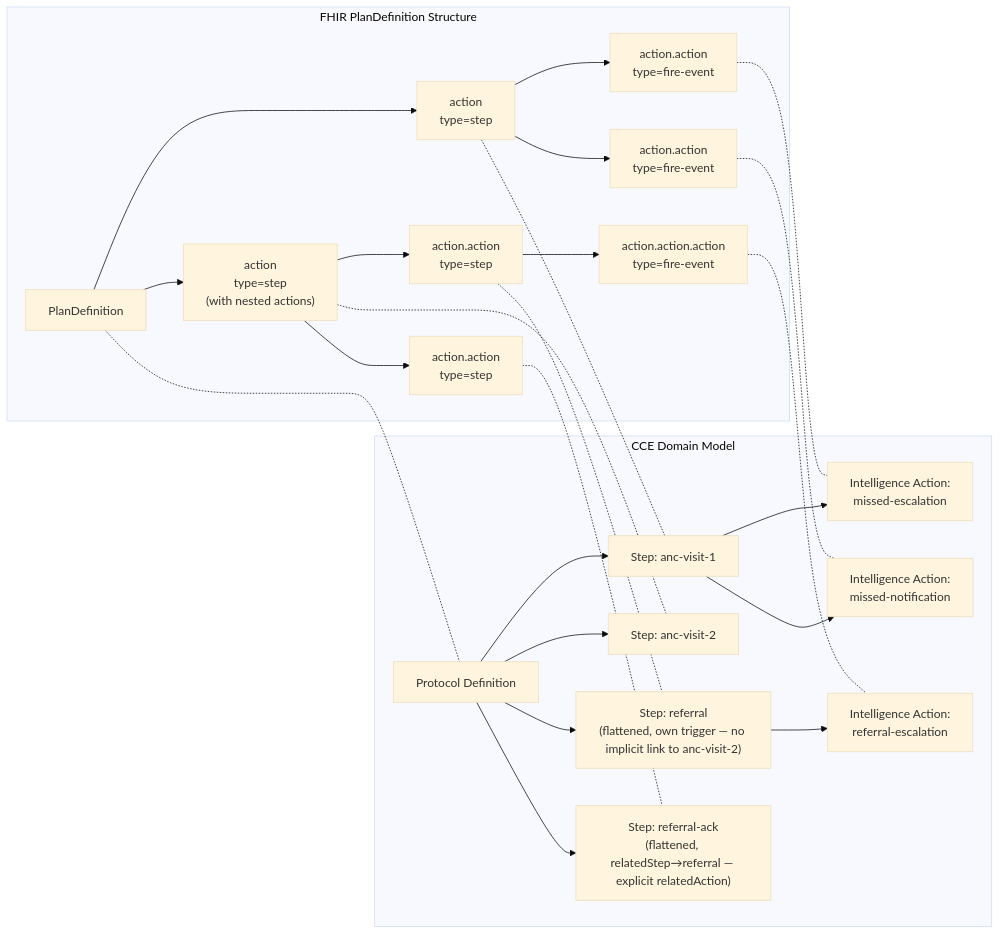
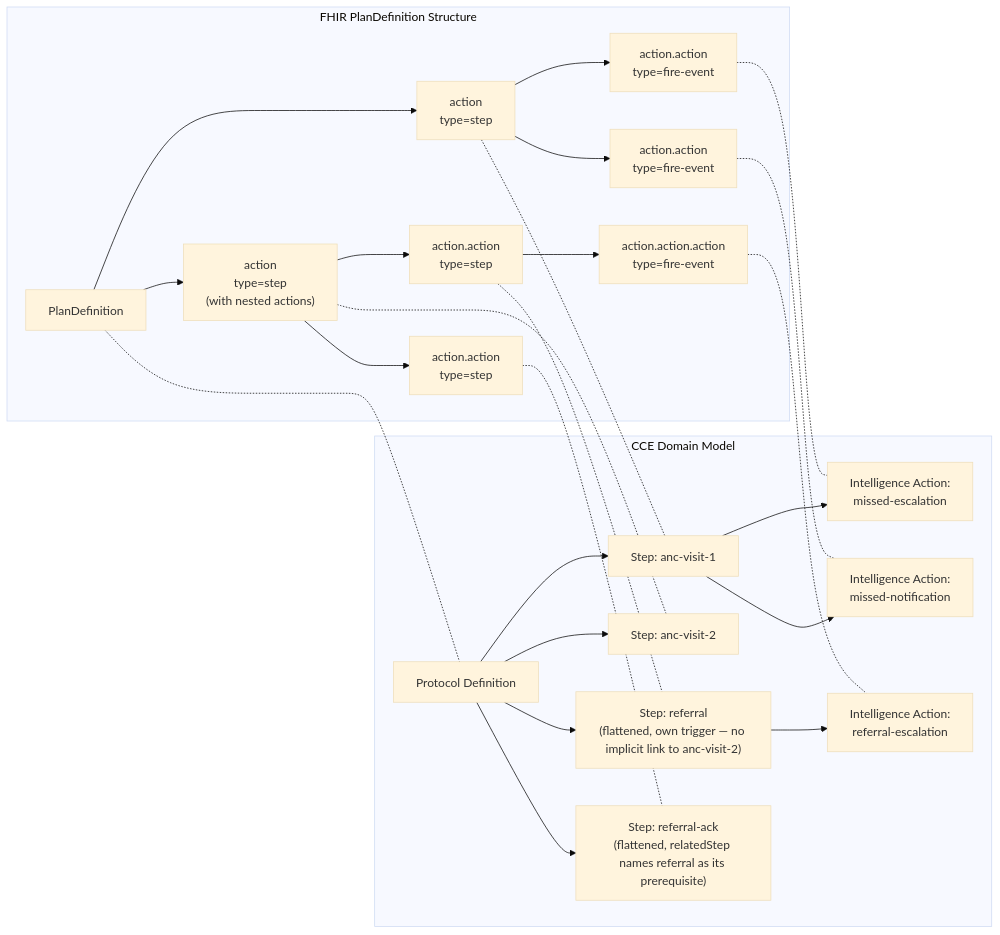
The eighth of 9 diagrams in docs/architecture-overview.md (Jayaprakash8887/cce-compliance-service), drawn with Mermaid (base theme) before and after one commit. The commit also changed other lines of this file and 17 other files, not shown here.

Commit message:
relatedAction Implementation

````diff
--- a/docs/architecture-overview.md
+++ b/docs/architecture-overview.md
@@ -597,49 +597,49 @@
 ```mermaid
 flowchart LR
     subgraph "FHIR PlanDefinition Structure"
         PD["PlanDefinition"]
         A1["action<br/>type=step"]
         A2["action<br/>type=step<br/>(with nested actions)"]
         IA1["action.action<br/>type=fire-event"]
         IA2["action.action<br/>type=fire-event"]  
         SS1["action.action<br/>type=step"]
         SS2["action.action<br/>type=step"]
         IA3["action.action.action<br/>type=fire-event"]
 
         PD --> A1
         PD --> A2
         A1 --> IA1
         A1 --> IA2
         A2 --> SS1
         A2 --> SS2
         SS1 --> IA3
     end
 
     subgraph "CCE Domain Model"
         PROTO["Protocol Definition"]
         S1["Step: anc-visit-1"]
         S2["Step: anc-visit-2"]
         R1["Intelligence Action:<br/>missed-escalation"]
         R2["Intelligence Action:<br/>missed-notification"]
         SUB1["Step: referral<br/>(flattened, own trigger — no implicit link to anc-visit-2)"]
-        SUB2["Step: referral-ack<br/>(flattened, relatedStep→referral — explicit relatedAction)"]
+        SUB2["Step: referral-ack<br/>(flattened, relatedStep names referral as its prerequisite)"]
         R3["Intelligence Action:<br/>referral-escalation"]
 
         PROTO --> S1
         PROTO --> S2
         PROTO --> SUB1
         PROTO --> SUB2
         S1 --> R1
         S1 --> R2
         SUB1 --> R3
     end
 
     PD -.- PROTO
     A1 -.- S1
     A2 -.- S2
     IA1 -.- R1
     IA2 -.- R2
     SS1 -.- SUB1
     SS2 -.- SUB2
     IA3 -.- R3
 ```
````
